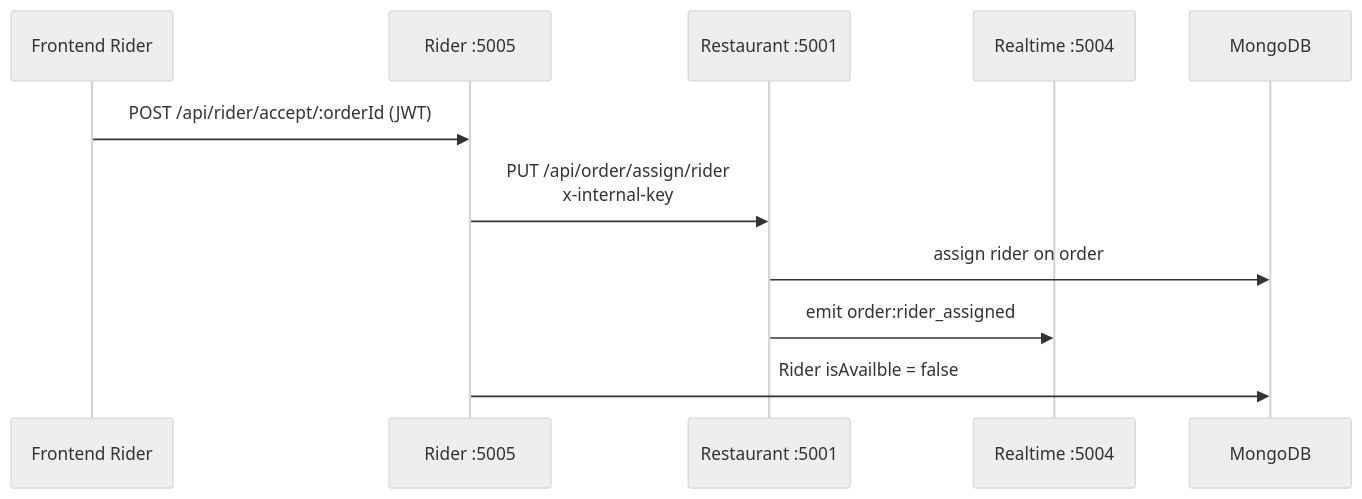
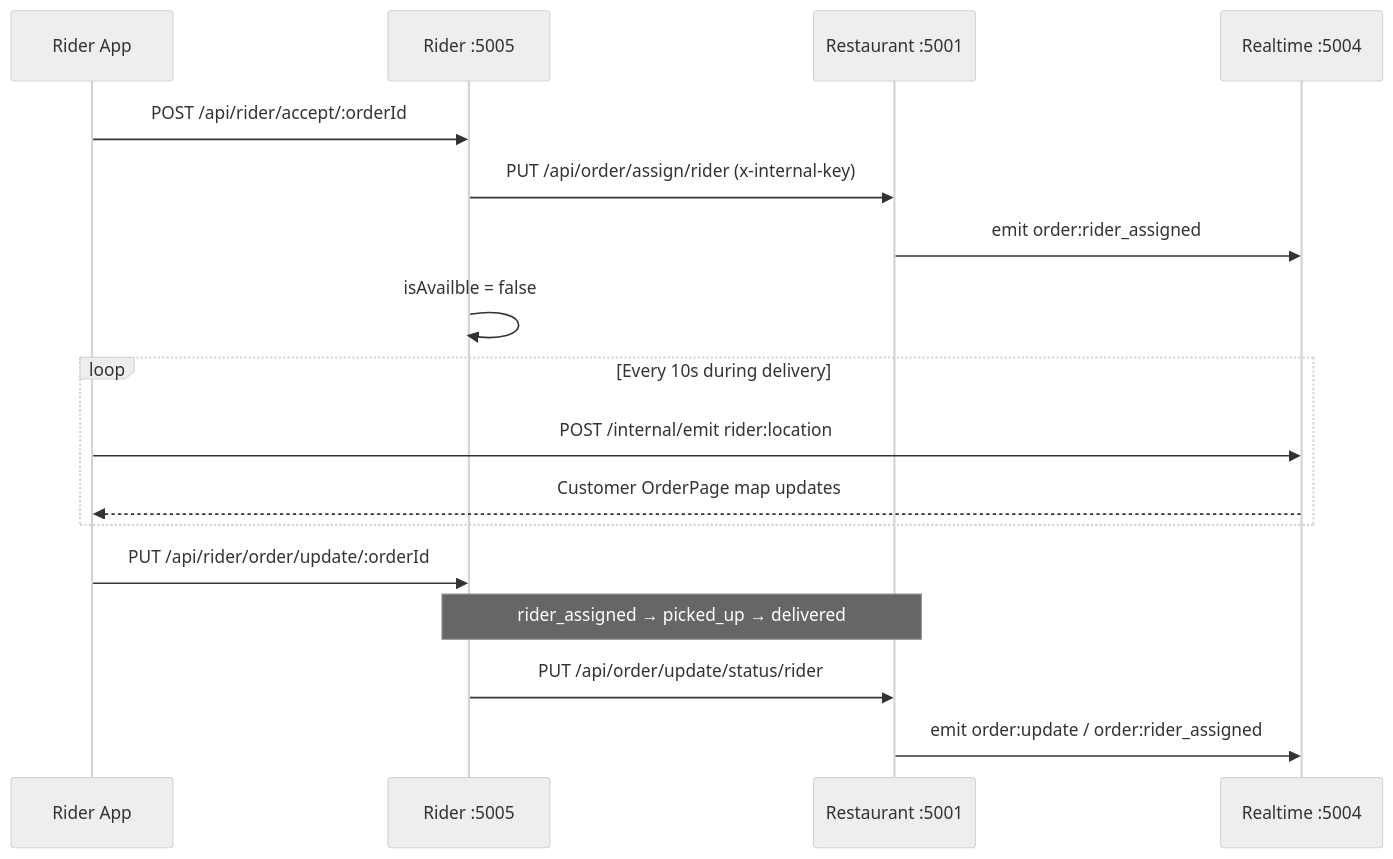
One commit to subhm2004/ByteBites changed the eighth of 18 diagrams in ARCHITECTURE.md. Above: the diagram before and after it, drawn with Mermaid (neutral theme). The commit also changed other lines of this file and 1 other file, not shown here.

````diff
--- a/ARCHITECTURE.md
+++ b/ARCHITECTURE.md
@@ -211,14 +305,22 @@
 ```mermaid
 sequenceDiagram
-    participant FE as Frontend Rider
-    participant RID as Rider :5005
+    participant FE as Rider App
+    participant RD as Rider :5005
     participant R as Restaurant :5001
     participant RT as Realtime :5004
-    participant DB as MongoDB
 
-    FE->>RID: POST /api/rider/accept/:orderId (JWT)
-    RID->>R: PUT /api/order/assign/rider<br/>x-internal-key
-    R->>DB: assign rider on order
+    FE->>RD: POST /api/rider/accept/:orderId
+    RD->>R: PUT /api/order/assign/rider (x-internal-key)
     R->>RT: emit order:rider_assigned
-    RID->>DB: Rider isAvailble = false
+    RD->>RD: isAvailble = false
+
+    loop Every 10s during delivery
+        FE->>RT: POST /internal/emit rider:location
+        RT-->>FE: Customer OrderPage map updates
+    end
+
+    FE->>RD: PUT /api/rider/order/update/:orderId
+    Note over RD,R: rider_assigned → picked_up → delivered
+    RD->>R: PUT /api/order/update/status/rider
+    R->>RT: emit order:update / order:rider_assigned
 ```
````
